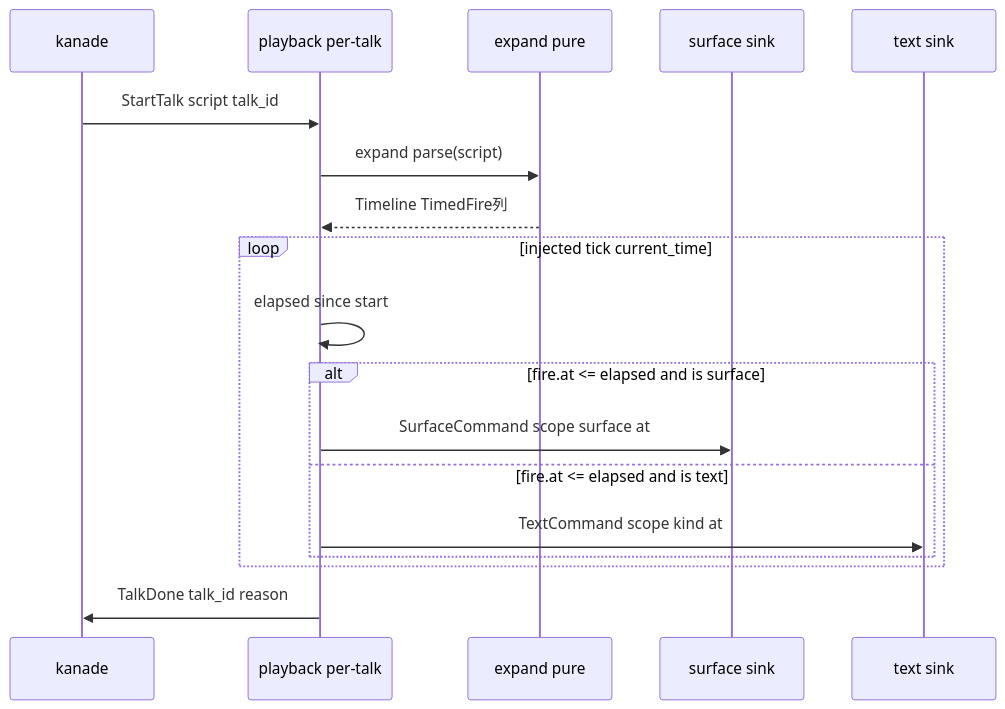
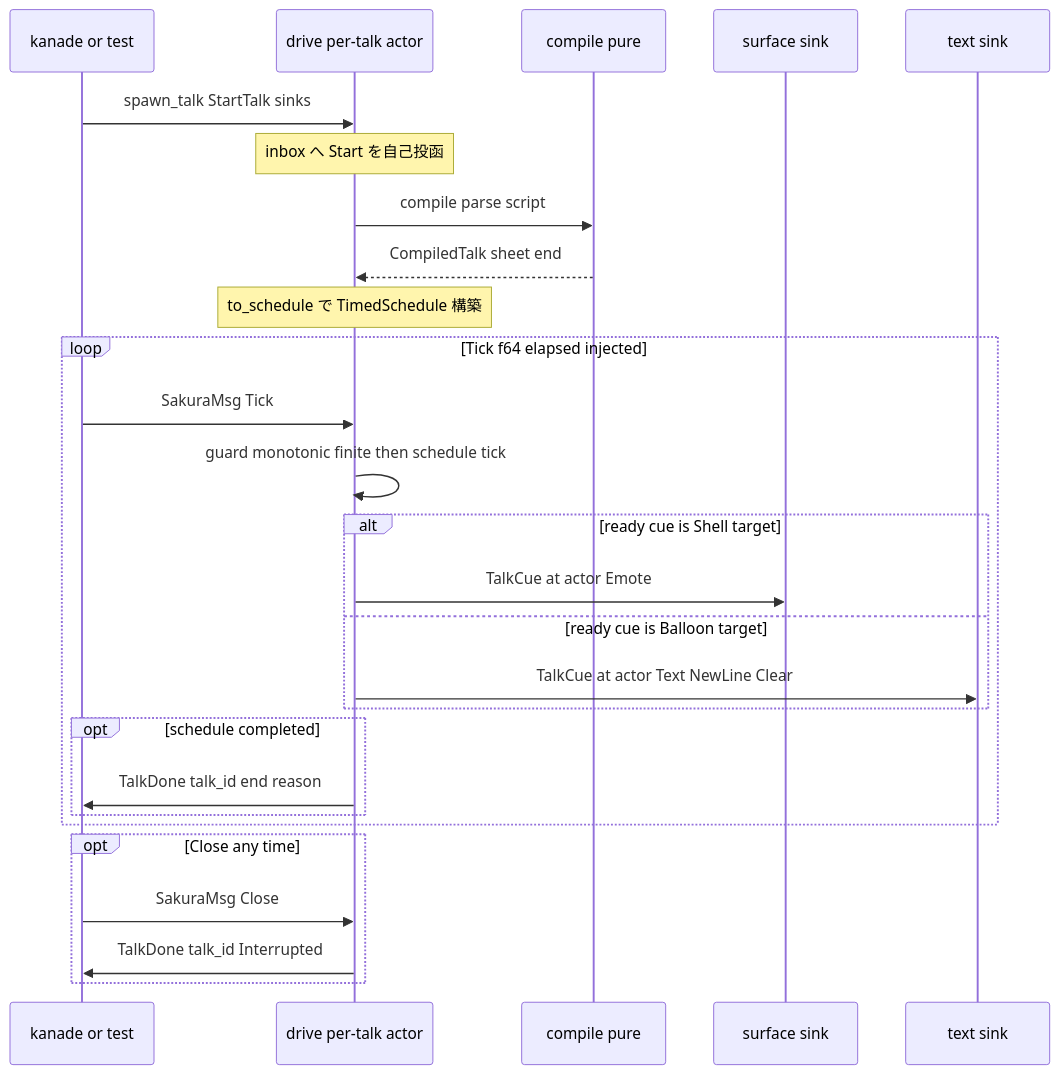
The third of 3 diagrams in .kiro/specs/areka-P0-sakura-engine/design.md (ekicyou/areka), drawn with Mermaid before and after one commit. The commit also changed other lines of this file and 2 other files, not shown here.

First line of the commit message:
docs(areka-P0-sakura-engine): resolve design discussion #3 - dola cue基盤へ全面再設計

````diff
--- a/.kiro/specs/areka-P0-sakura-engine/design.md
+++ b/.kiro/specs/areka-P0-sakura-engine/design.md
@@ -172,20 +224,29 @@
 ```mermaid
 sequenceDiagram
-    participant K as kanade
-    participant P as playback per-talk
-    participant E as expand pure
+    participant K as kanade or test
+    participant D as drive per-talk actor
+    participant C as compile pure
     participant SS as surface sink
     participant TS as text sink
-    K->>P: StartTalk script talk_id
-    P->>E: expand parse(script)
-    E-->>P: Timeline TimedFire列
-    loop injected tick current_time
-        P->>P: elapsed since start
-        alt fire.at <= elapsed and is surface
-            P->>SS: SurfaceCommand scope surface at
-        else fire.at <= elapsed and is text
-            P->>TS: TextCommand scope kind at
+    K->>D: spawn_talk StartTalk sinks
+    Note over D: inbox へ Start を自己投函
+    D->>C: compile parse script
+    C-->>D: CompiledTalk sheet end
+    Note over D: to_schedule で TimedSchedule 構築
+    loop Tick f64 elapsed injected
+        K->>D: SakuraMsg Tick
+        D->>D: guard monotonic finite then schedule tick
+        alt ready cue is Shell target
+            D->>SS: TalkCue at actor Emote
+        else ready cue is Balloon target
+            D->>TS: TalkCue at actor Text NewLine Clear
+        end
+        opt schedule completed
+            D->>K: TalkDone talk_id end reason
         end
     end
-    P->>K: TalkDone talk_id reason
+    opt Close any time
+        K->>D: SakuraMsg Close
+        D->>K: TalkDone talk_id Interrupted
+    end
 ```
````
